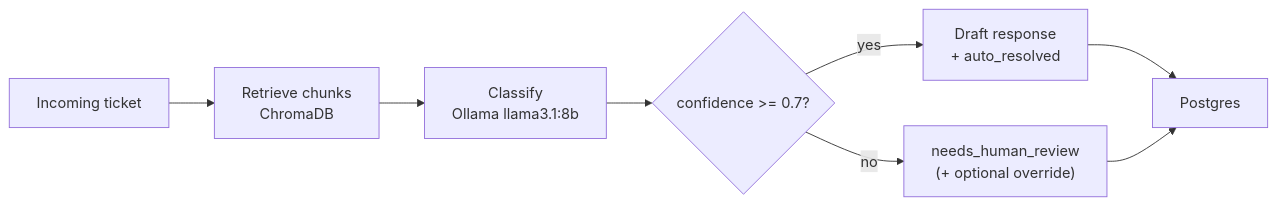
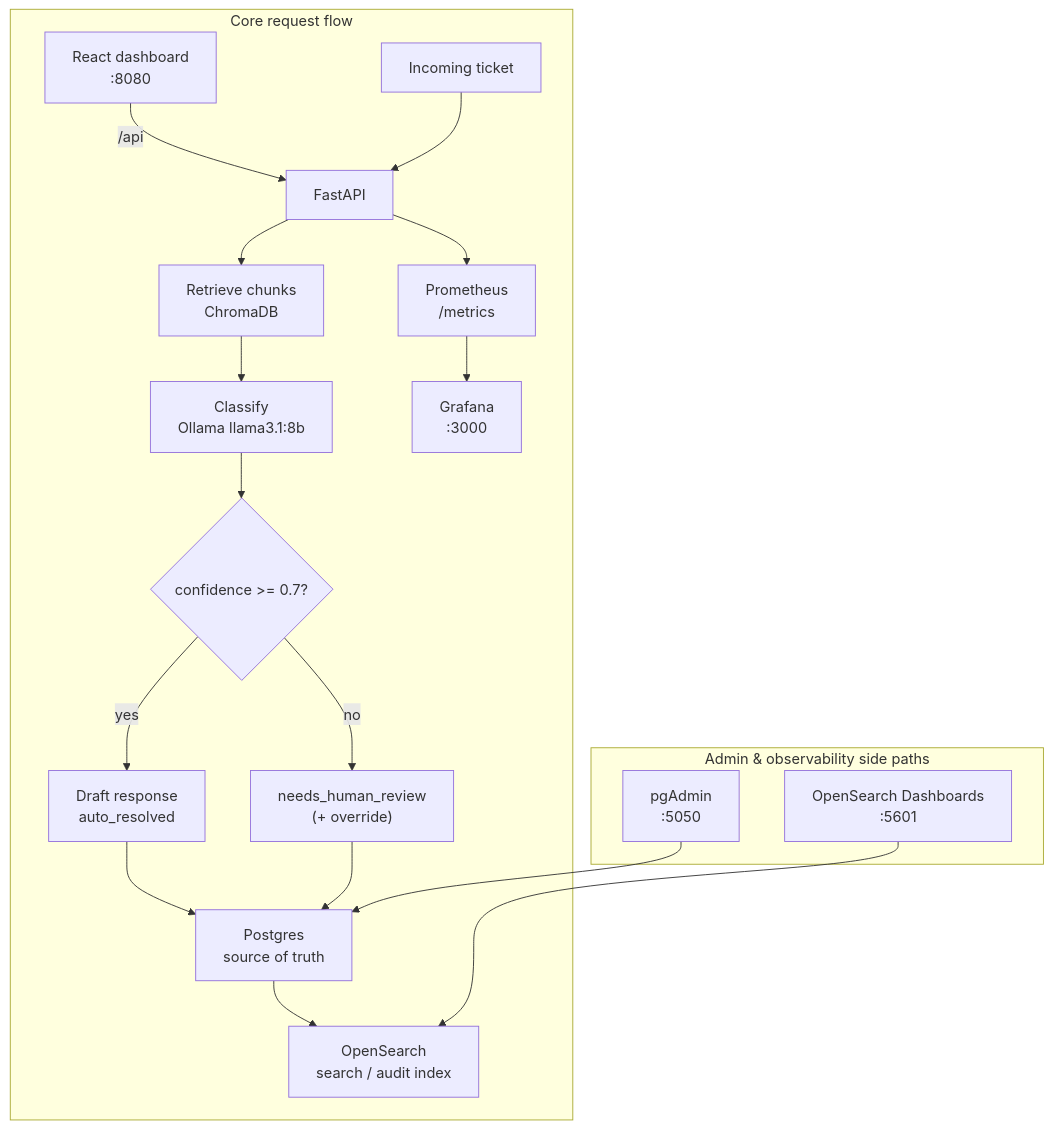
One commit to Pratanu123/ticket-triage-rag changed the diagram in README.md. Above: the diagram before and after it, drawn with Mermaid. The commit also changed other lines of this file, not shown here.

````diff
--- a/README.md
+++ b/README.md
@@ -11,10 +11,22 @@
 ```mermaid
-flowchart LR
-  Ticket["Incoming ticket"] --> Retrieve["Retrieve chunks\nChromaDB"]
-  Retrieve --> Classify["Classify\nOllama llama3.1:8b"]
-  Classify --> Gate{"confidence >= 0.7?"}
-  Gate -->|yes| Auto["Draft response\n+ auto_resolved"]
-  Gate -->|no| Human["needs_human_review\n(+ optional override)"]
-  Auto --> PG["Postgres"]
-  Human --> PG
+flowchart TB
+  subgraph Core["Core request flow"]
+    UI["React dashboard\n:8080"] -->|/api| API["FastAPI"]
+    Ticket["Incoming ticket"] --> API
+    API --> Retrieve["Retrieve chunks\nChromaDB"]
+    Retrieve --> Classify["Classify\nOllama llama3.1:8b"]
+    Classify --> Gate{"confidence >= 0.7?"}
+    Gate -->|yes| Auto["Draft response\nauto_resolved"]
+    Gate -->|no| Review["needs_human_review\n(+ override)"]
+    Auto --> PG["Postgres\nsource of truth"]
+    Review --> PG
+    PG --> OS["OpenSearch\nsearch / audit index"]
+    API --> Prom["Prometheus\n/metrics"]
+    Prom --> Graf["Grafana\n:3000"]
+  end
+
+  subgraph Admin["Admin & observability side paths"]
+    PGA["pgAdmin\n:5050"] --> PG
+    OSD["OpenSearch Dashboards\n:5601"] --> OS
+  end
 ```
````
